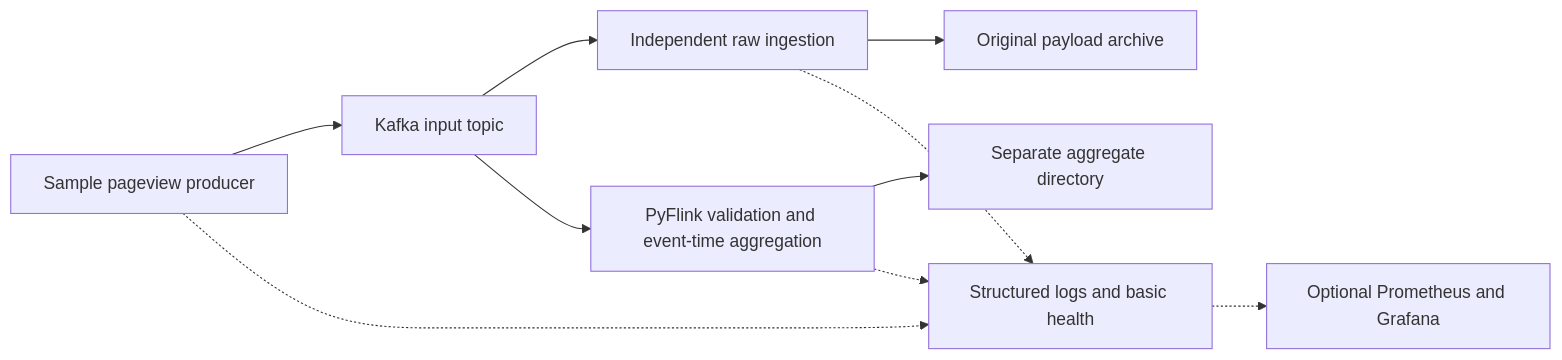
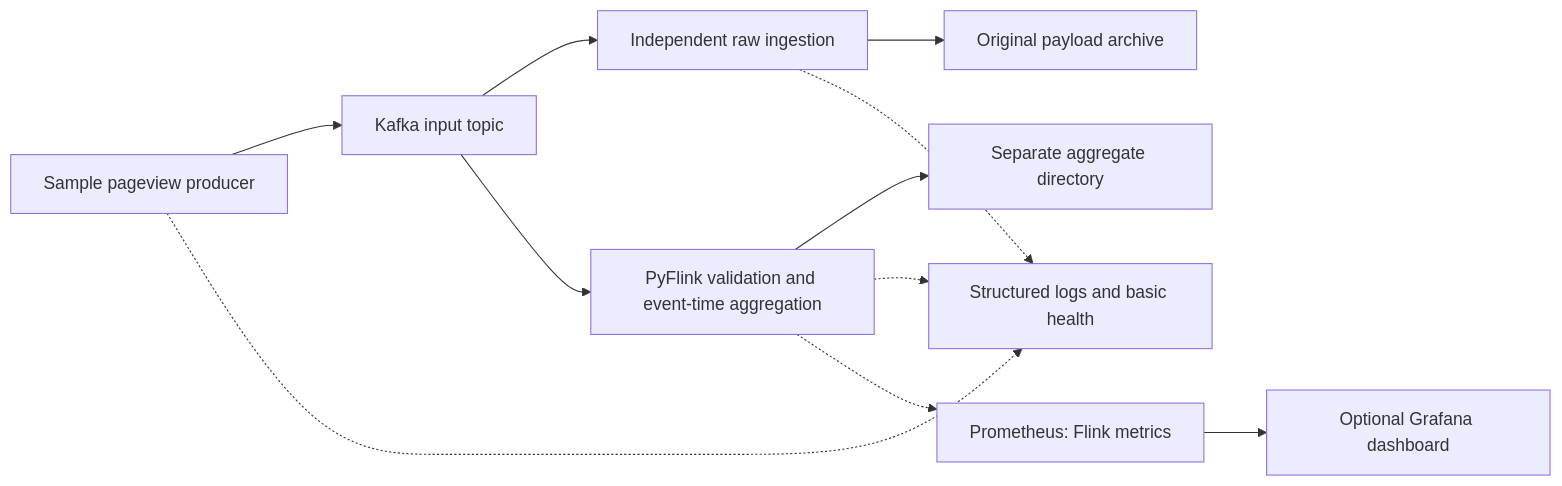
The diagram in docs/ENGINEERING_GUIDE.md (Rafalski/stream-challenge), drawn with Mermaid before and after one commit. The commit also changed other lines of this file and 11 other files, not shown here.

Commit message:
Add optional Prometheus and Grafana monitoring

````diff
--- a/docs/ENGINEERING_GUIDE.md
+++ b/docs/ENGINEERING_GUIDE.md
@@ -7,12 +7,13 @@
 ```mermaid
 flowchart LR
     P[Sample pageview producer] --> K[Kafka input topic]
     K --> R[Independent raw ingestion]
     R --> A[Original payload archive]
     K --> F[PyFlink validation and event-time aggregation]
     F --> O[Separate aggregate directory]
     P -.-> L[Structured logs and basic health]
     R -.-> L
     F -.-> L
-    L -.-> M[Optional Prometheus and Grafana]
+    F -.-> M[Prometheus: Flink metrics]
+    M --> G[Optional Grafana dashboard]
 ```
````
